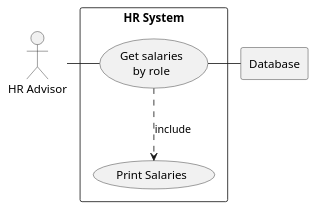
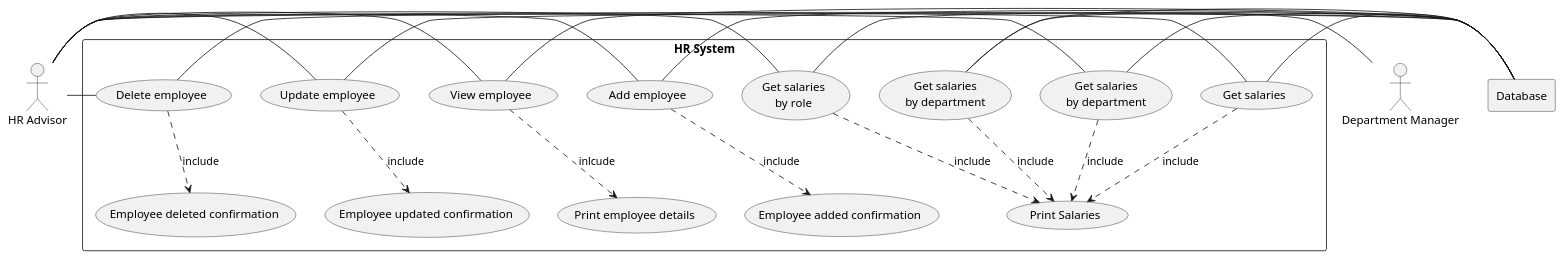
Before and after one commit to The-Liam-Blair/sem: the diagram in use-cases/HR System.puml, drawn with PlantUML.

Commit message:
Use diagram fully created.

```diff
--- a/use-cases/HR System.puml
+++ b/use-cases/HR System.puml
@@ -1,16 +1,56 @@
 @startuml
 'https://plantuml.com/use-case-diagram
 
 actor HR as "HR Advisor"
+actor depMan as "Department Manager"
 rectangle Database
 
 rectangle "HR System" {
+    usecase UC1 as "Get salaries"
+    usecase UC2 as "Get salaries
+    by department"
+    usecase UC3 as "Get salaries
+    by department"
     usecase UC4 as "Get salaries
     by role"
+    usecase UC5 as "Add employee"
+    usecase UC6 as "View employee"
+    usecase UC7 as "Update employee"
+    usecase UC8 as "Delete employee"
+
     usecase UCa as "Print Salaries"
+    usecase UCb as "Employee added confirmation"
+    usecase UCc as "Employee updated confirmation"
+    usecase UCd as "Print employee details"
+    usecase UCe as "Employee deleted confirmation"
 
+
+    HR - UC1
+    HR - UC2
+    depMan - UC3
     HR - UC4
+    HR - UC5
+    HR - UC6
+    HR - UC7
+    HR - UC8
+
+    UC1 ..> UCa : include
+    UC2 ..> UCa : include
+    UC3 ..> UCa : include
     UC4 ..> UCa : include
+    UC5 ..> UCb : include
+    UC6 ..> UCd : inlcude
+    UC7 ..> UCc : include
+    UC8 ..> UCe : include
+
+
+    UC1 - Database
+    UC2 - Database
+    UC3 - Database
     UC4 - Database
+    UC5 - Database
+    UC6 - Database
+    UC7 - Database
+    UC8 - Database
 }
 @enduml
```
